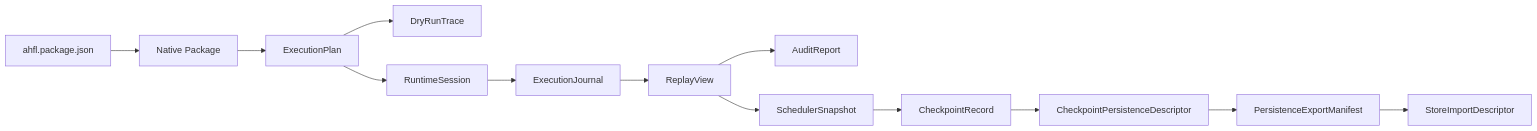
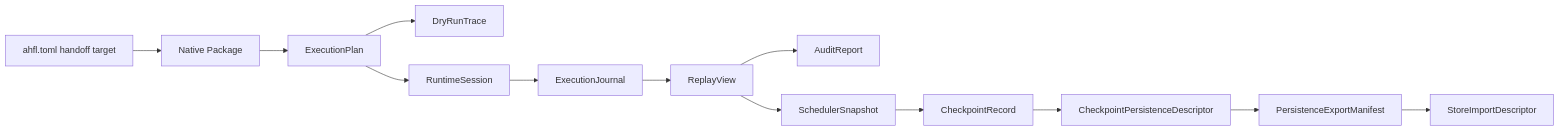
The diagram in docs/reference/native-runtime-artifacts.zh.md (Zzzode/AHFL), drawn with Mermaid before and after one commit. The commit also changed other lines of this file and 7 other files, not shown here.

````diff
--- a/docs/reference/native-runtime-artifacts.zh.md
+++ b/docs/reference/native-runtime-artifacts.zh.md
@@ -27,15 +27,15 @@
 ```mermaid
 flowchart LR
-    Authoring[ahfl.package.json] --> Package[Native Package]
+    Authoring[ahfl.toml handoff target] --> Package[Native Package]
     Package --> Plan[ExecutionPlan]
     Plan --> DryRun[DryRunTrace]
     Plan --> Session[RuntimeSession]
     Session --> Journal[ExecutionJournal]
     Journal --> Replay[ReplayView]
     Replay --> Audit[AuditReport]
     Replay --> Scheduler[SchedulerSnapshot]
     Scheduler --> Checkpoint[CheckpointRecord]
     Checkpoint --> Persistence[CheckpointPersistenceDescriptor]
     Persistence --> Export[PersistenceExportManifest]
     Export --> StoreImport[StoreImportDescriptor]
 ```
````
